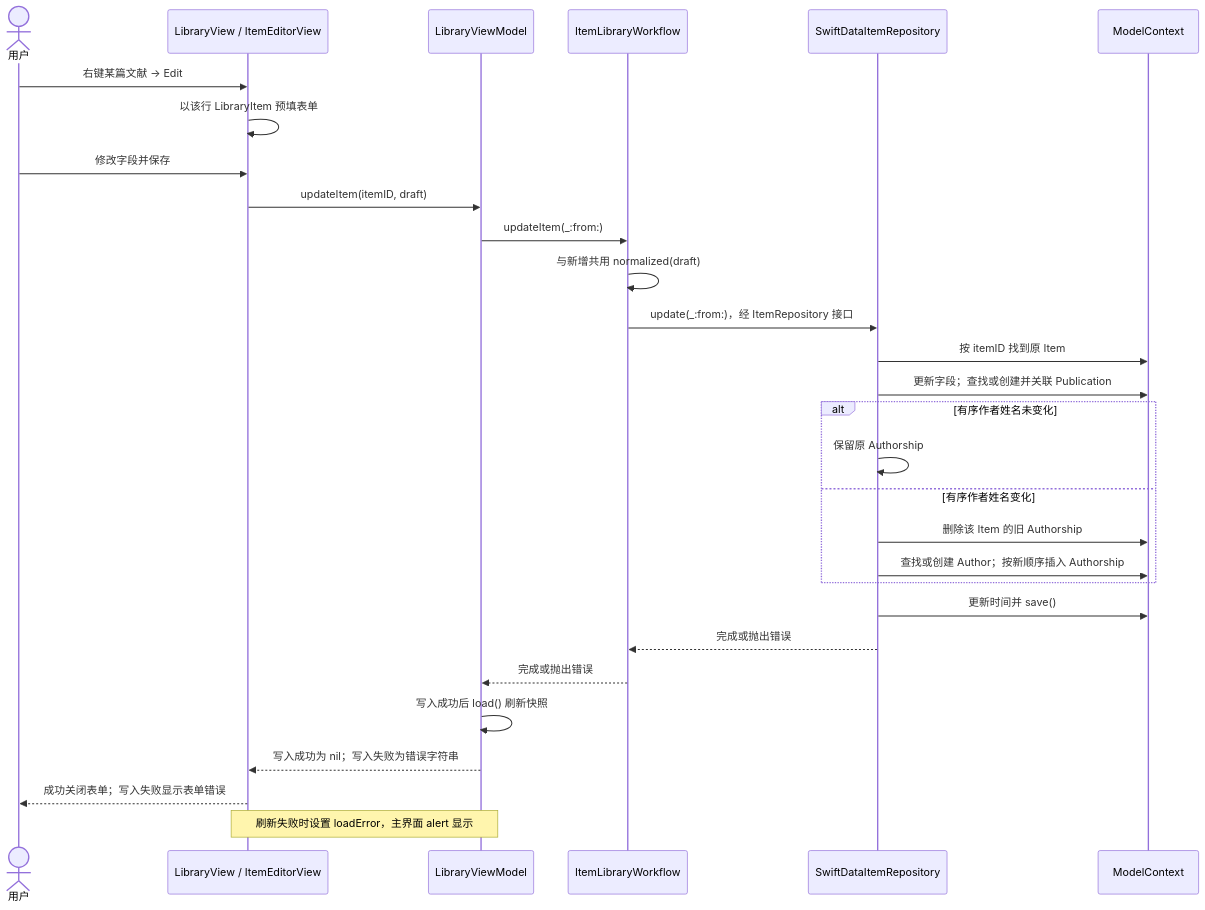
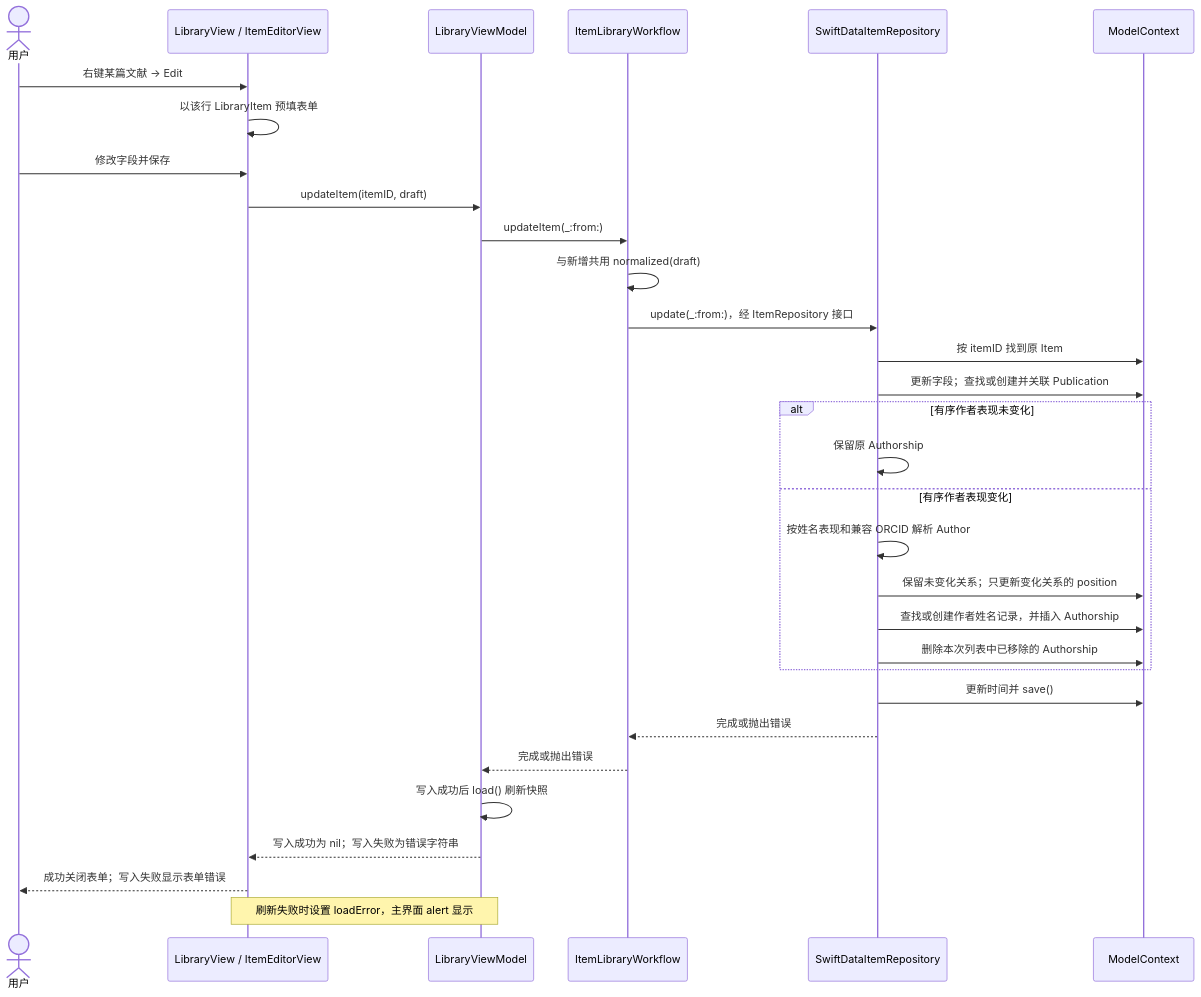
The fifth of 7 diagrams in ARCHITECTURE.md (haifeng-dai/Refolio), drawn with Mermaid before and after one commit. The commit also changed other lines of this file and 1 other file, not shown here.

Commit message:
docs: update release and architecture documentation

````diff
--- a/ARCHITECTURE.md
+++ b/ARCHITECTURE.md
@@ -300,31 +328,33 @@
 ```mermaid
 sequenceDiagram
     actor User as 用户
     participant UI as LibraryView / ItemEditorView
     participant VM as LibraryViewModel
     participant WF as ItemLibraryWorkflow
     participant Repo as SwiftDataItemRepository
     participant DB as ModelContext
     User->>UI: 右键某篇文献 → Edit
     UI->>UI: 以该行 LibraryItem 预填表单
     User->>UI: 修改字段并保存
     UI->>VM: updateItem(itemID, draft)
     VM->>WF: updateItem(_:from:)
     WF->>WF: 与新增共用 normalized(draft)
     WF->>Repo: update(_:from:)，经 ItemRepository 接口
     Repo->>DB: 按 itemID 找到原 Item
     Repo->>DB: 更新字段；查找或创建并关联 Publication
-    alt 有序作者姓名未变化
+    alt 有序作者表现未变化
         Repo->>Repo: 保留原 Authorship
-    else 有序作者姓名变化
-        Repo->>DB: 删除该 Item 的旧 Authorship
-        Repo->>DB: 查找或创建 Author；按新顺序插入 Authorship
+    else 有序作者表现变化
+        Repo->>Repo: 按姓名表现和兼容 ORCID 解析 Author
+        Repo->>DB: 保留未变化关系；只更新变化关系的 position
+        Repo->>DB: 查找或创建作者姓名记录，并插入 Authorship
+        Repo->>DB: 删除本次列表中已移除的 Authorship
     end
     Repo->>DB: 更新时间并 save()
     Repo-->>WF: 完成或抛出错误
     WF-->>VM: 完成或抛出错误
     VM->>VM: 写入成功后 load() 刷新快照
     VM-->>UI: 写入成功为 nil；写入失败为错误字符串
     UI-->>User: 成功关闭表单；写入失败显示表单错误
     Note over UI,VM: 刷新失败时设置 loadError，主界面 alert 显示
 ```
````
